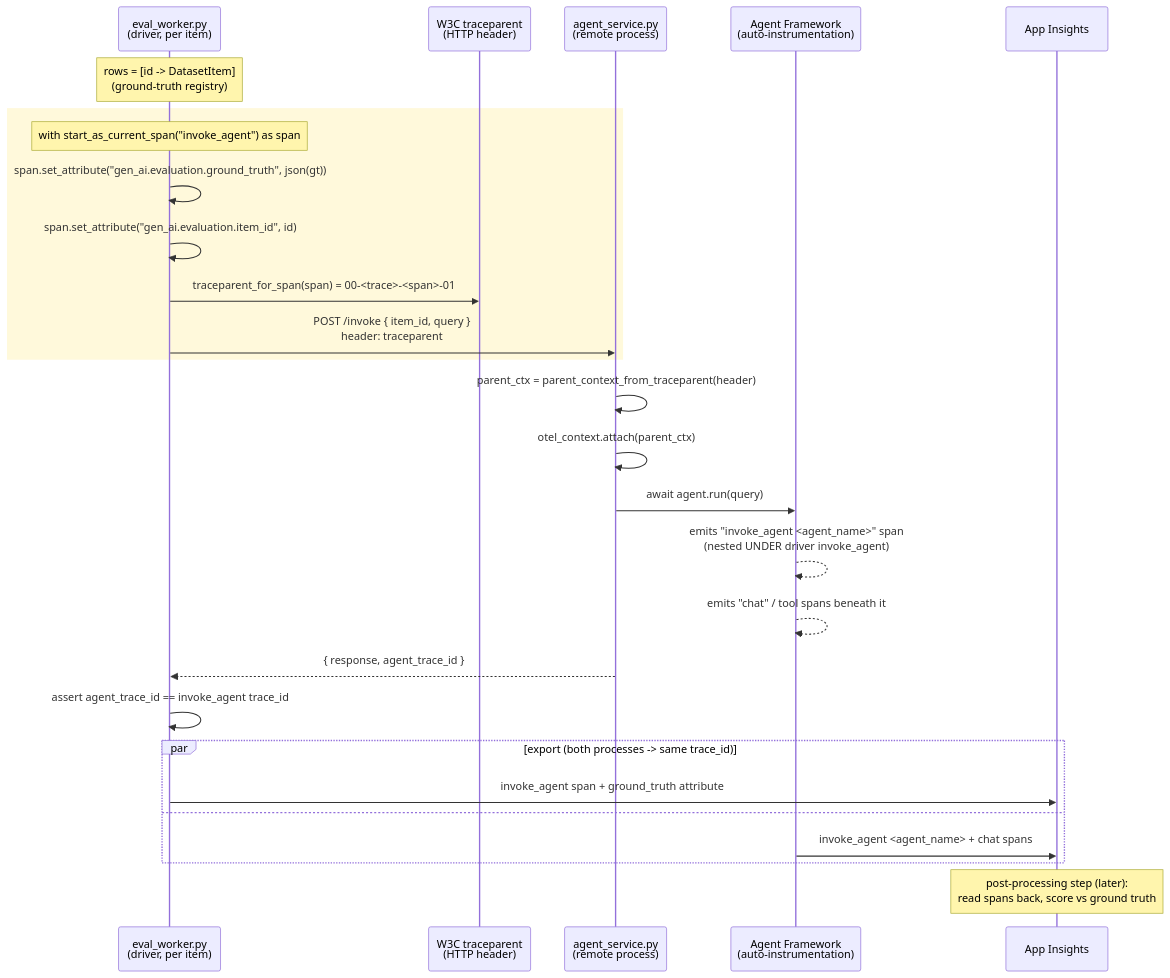
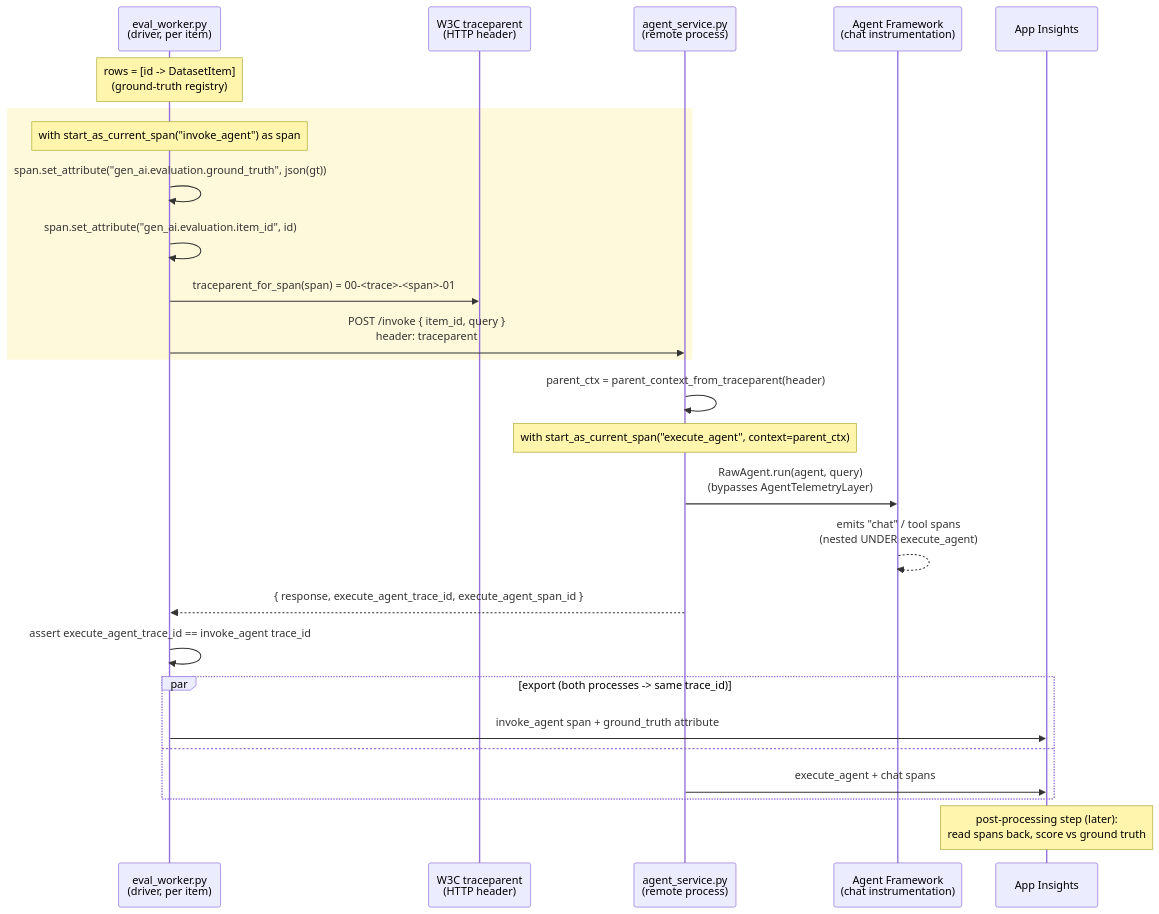
One commit to kseager/cross-process-eval-context-poc changed the diagram in README.md. Above: the diagram before and after it, drawn with Mermaid. The commit also changed other lines of this file and 2 other files, not shown here.

First line of the commit message:
Emit ACA-faithful execute_agent span from local agent

````diff
--- a/README.md
+++ b/README.md
@@ -63,33 +63,32 @@
 ```mermaid
 sequenceDiagram
     participant EW as eval_worker.py<br/>(driver, per item)
     participant TP as W3C traceparent<br/>(HTTP header)
     participant AS as agent_service.py<br/>(remote process)
-    participant AF as Agent Framework<br/>(auto-instrumentation)
+    participant AF as Agent Framework<br/>(chat instrumentation)
     participant AI as App Insights
 
     Note over EW: rows = [id -> DatasetItem]<br/>(ground-truth registry)
 
     rect rgb(255, 249, 219)
     Note over EW: with start_as_current_span("invoke_agent") as span
     EW->>EW: span.set_attribute("gen_ai.evaluation.ground_truth", json(gt))
     EW->>EW: span.set_attribute("gen_ai.evaluation.item_id", id)
     EW->>TP: traceparent_for_span(span) = 00-<trace>-<span>-01
     EW->>AS: POST /invoke { item_id, query }<br/>header: traceparent
     end
 
     AS->>AS: parent_ctx = parent_context_from_traceparent(header)
-    AS->>AS: otel_context.attach(parent_ctx)
-    AS->>AF: await agent.run(query)
-    AF-->>AF: emits "invoke_agent <agent_name>" span<br/>(nested UNDER driver invoke_agent)
-    AF-->>AF: emits "chat" / tool spans beneath it
-    AS-->>EW: { response, agent_trace_id }
-    EW->>EW: assert agent_trace_id == invoke_agent trace_id
+    Note over AS: with start_as_current_span("execute_agent", context=parent_ctx)
+    AS->>AF: RawAgent.run(agent, query)<br/>(bypasses AgentTelemetryLayer)
+    AF-->>AF: emits "chat" / tool spans<br/>(nested UNDER execute_agent)
+    AS-->>EW: { response, execute_agent_trace_id, execute_agent_span_id }
+    EW->>EW: assert execute_agent_trace_id == invoke_agent trace_id
 
     par export (both processes -> same trace_id)
         EW->>AI: invoke_agent span + ground_truth attribute
     and
-        AF->>AI: invoke_agent <agent_name> + chat spans
+        AS->>AI: execute_agent + chat spans
     end
     Note over AI: post-processing step (later):<br/>read spans back, score vs ground truth
 ```
````
